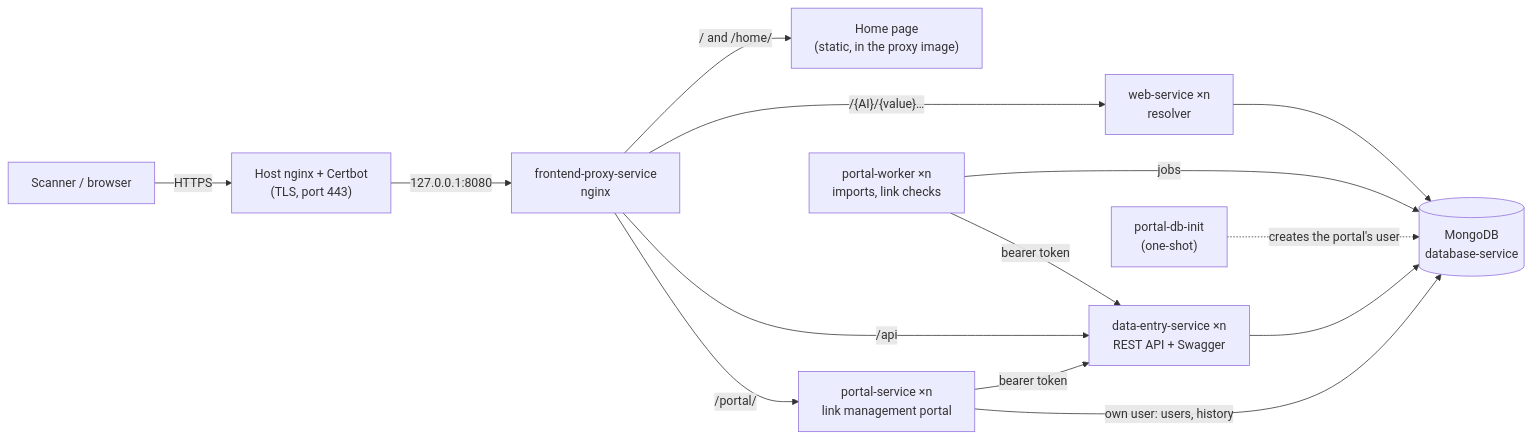
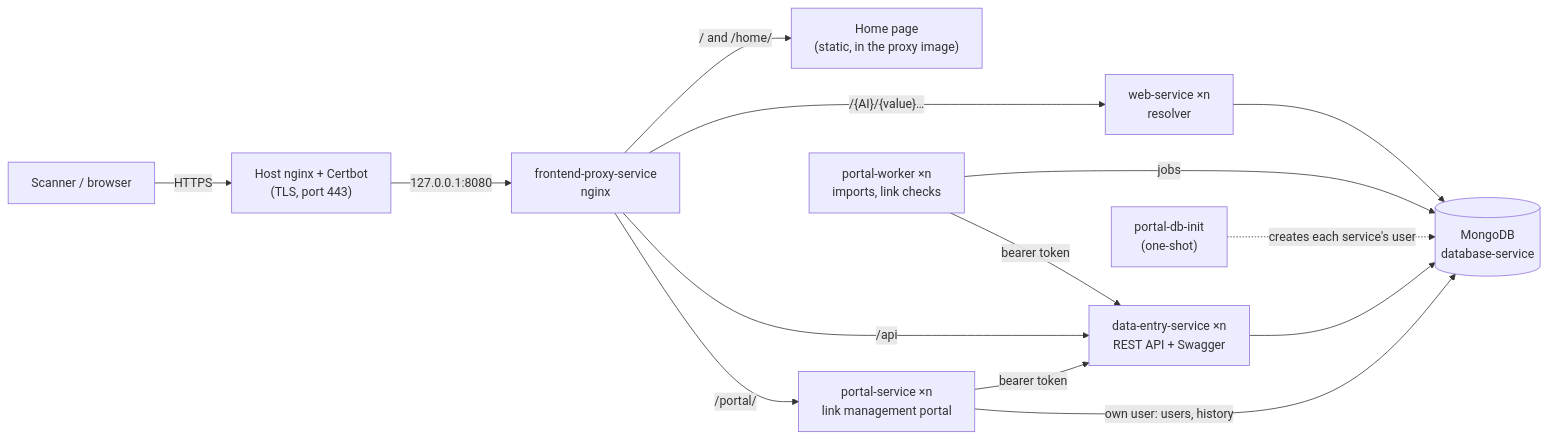
Before and after one commit to ricardomelo/GS1_DigitalLink_Resolver_CE: the diagram in README.md, drawn with Mermaid. The commit also changed other lines of this file and 29 other files, not shown here.

````diff
--- a/README.md
+++ b/README.md
@@ -349,16 +349,16 @@
 ```mermaid
 flowchart LR
     client["Scanner / browser"] -->|HTTPS| edge["Host nginx + Certbot<br/>(TLS, port 443)"]
     edge -->|"127.0.0.1:8080"| proxy["frontend-proxy-service<br/>nginx"]
     proxy -->|"/  and  /home/"| home["Home page<br/>(static, in the proxy image)"]
     proxy -->|"/{AI}/{value}…"| web["web-service ×n<br/>resolver"]
     proxy -->|"/api"| de["data-entry-service ×n<br/>REST API + Swagger"]
     proxy -->|"/portal/"| portal["portal-service ×n<br/>link management portal"]
     portal -->|"bearer token"| de
     web --> db[("MongoDB<br/>database-service")]
     de --> db
     portal -->|"own user: users, history"| db
-    init["portal-db-init<br/>(one-shot)"] -.->|"creates the portal's user"| db
+    init["portal-db-init<br/>(one-shot)"] -.->|"creates each service's user"| db
     worker["portal-worker ×n<br/>imports, link checks"] -->|"jobs"| db
     worker -->|"bearer token"| de
 ```
````
